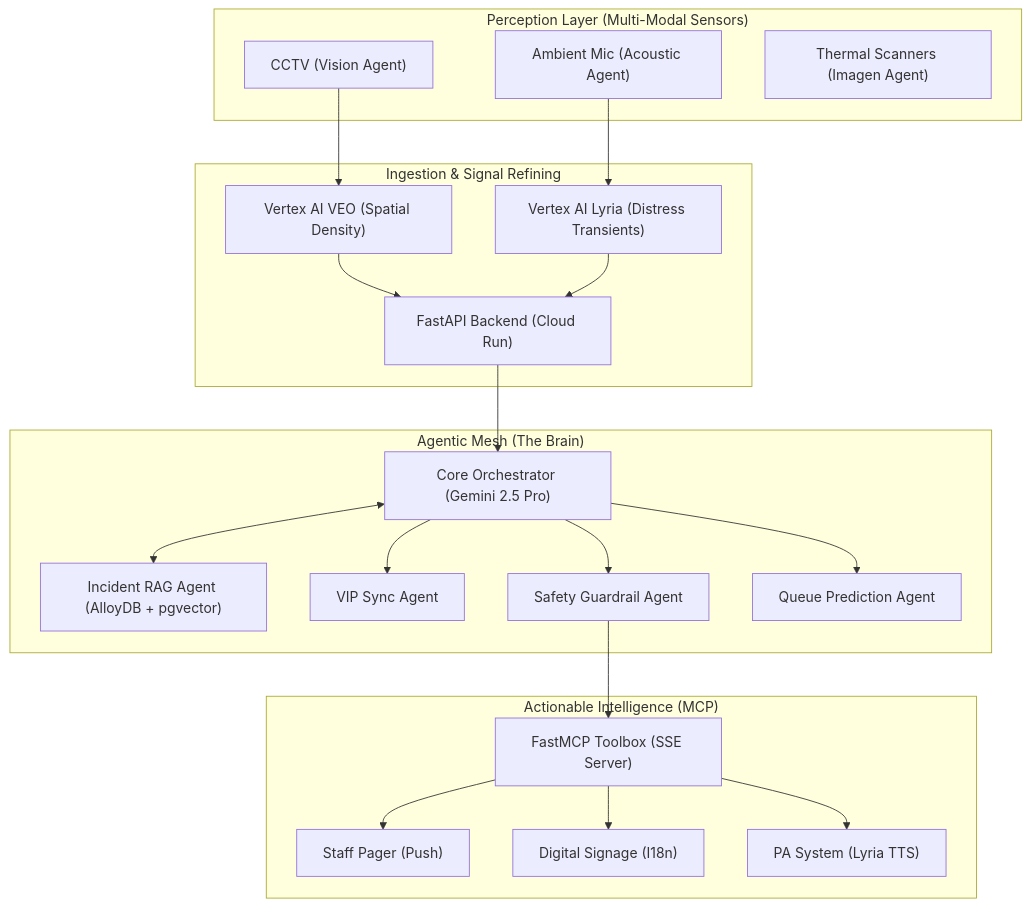
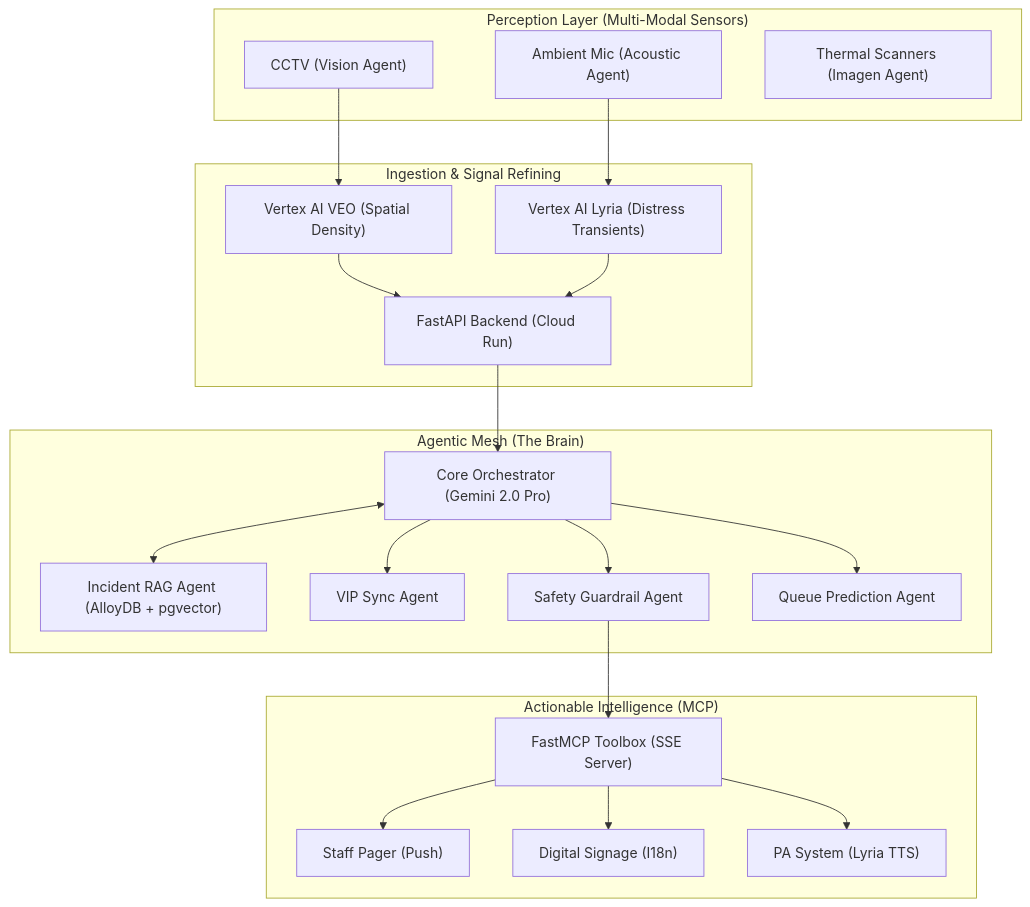
The diagram in ARCHITECTURE.md (sivasubramanian86/SpectaSyncAI), drawn with Mermaid before and after one commit. The commit also changed other lines of this file and 19 other files, not shown here.

````diff
--- a/ARCHITECTURE.md
+++ b/ARCHITECTURE.md
@@ -7,38 +7,38 @@
 ```mermaid
 graph TB
     subgraph "Perception Layer (Multi-Modal Sensors)"
         CCTV["CCTV (Vision Agent)"]
         Audio["Ambient Mic (Acoustic Agent)"]
         Thermal["Thermal Scanners (Imagen Agent)"]
     end
 
     subgraph "Ingestion & Signal Refining"
         API["FastAPI Backend (Cloud Run)"]
         VEO["Vertex AI VEO (Spatial Density)"]
         Lyria["Vertex AI Lyria (Distress Transients)"]
     end
 
     subgraph "Agentic Mesh (The Brain)"
-        Orch["Core Orchestrator (Gemini 2.5 Pro)"]
+        Orch["Core Orchestrator (Gemini 2.0 Pro)"]
         RAG["Incident RAG Agent (AlloyDB + pgvector)"]
         VIP["VIP Sync Agent"]
         Safety["Safety Guardrail Agent"]
         Queue["Queue Prediction Agent"]
     end
 
     subgraph "Actionable Intelligence (MCP)"
         MCP["FastMCP Toolbox (SSE Server)"]
         Staff["Staff Pager (Push)"]
         Signage["Digital Signage (I18n)"]
         PA["PA System (Lyria TTS)"]
     end
 
     CCTV --> VEO
     Audio --> Lyria
     VEO & Lyria --> API
     API --> Orch
     Orch <--> RAG
     Orch --> VIP & Safety & Queue
     Safety --> MCP
     MCP --> Staff & Signage & PA
 ```
````
